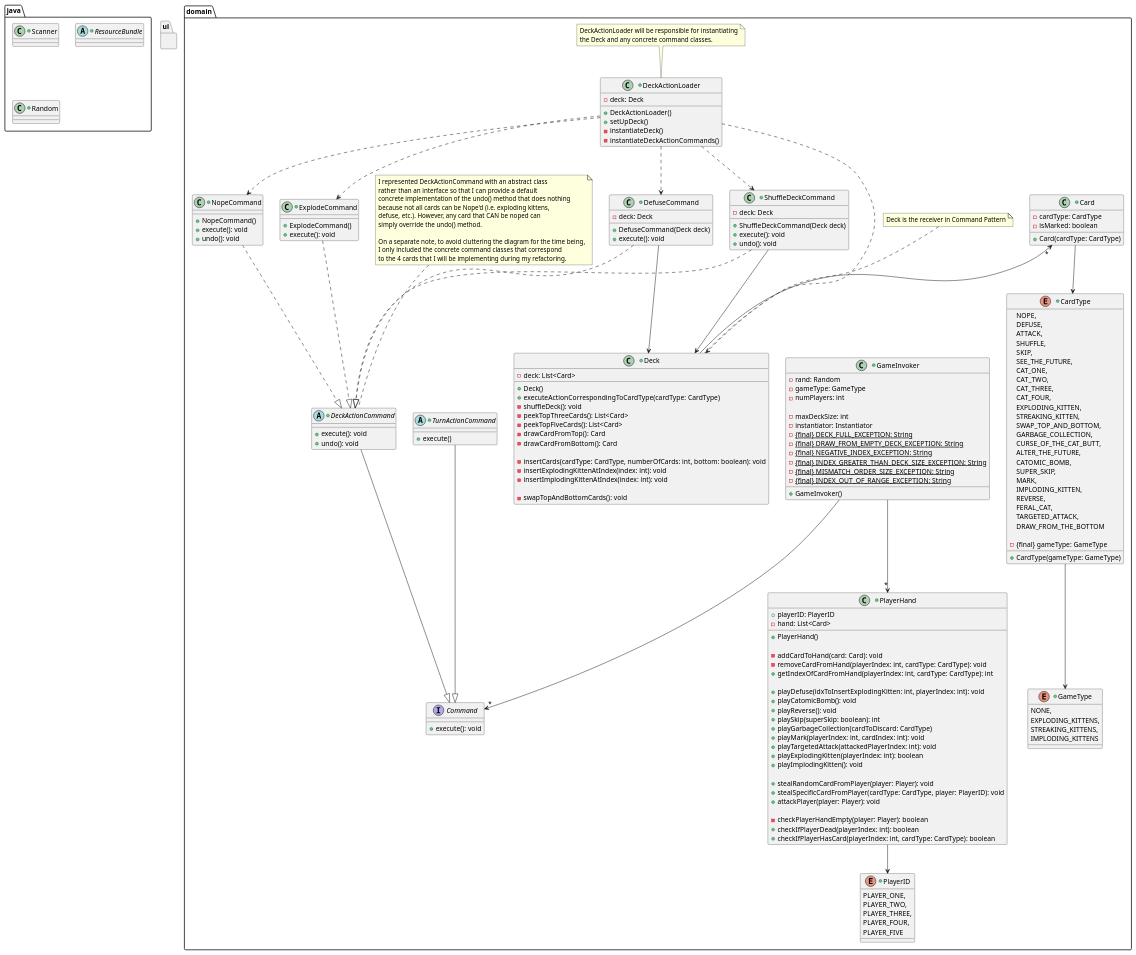
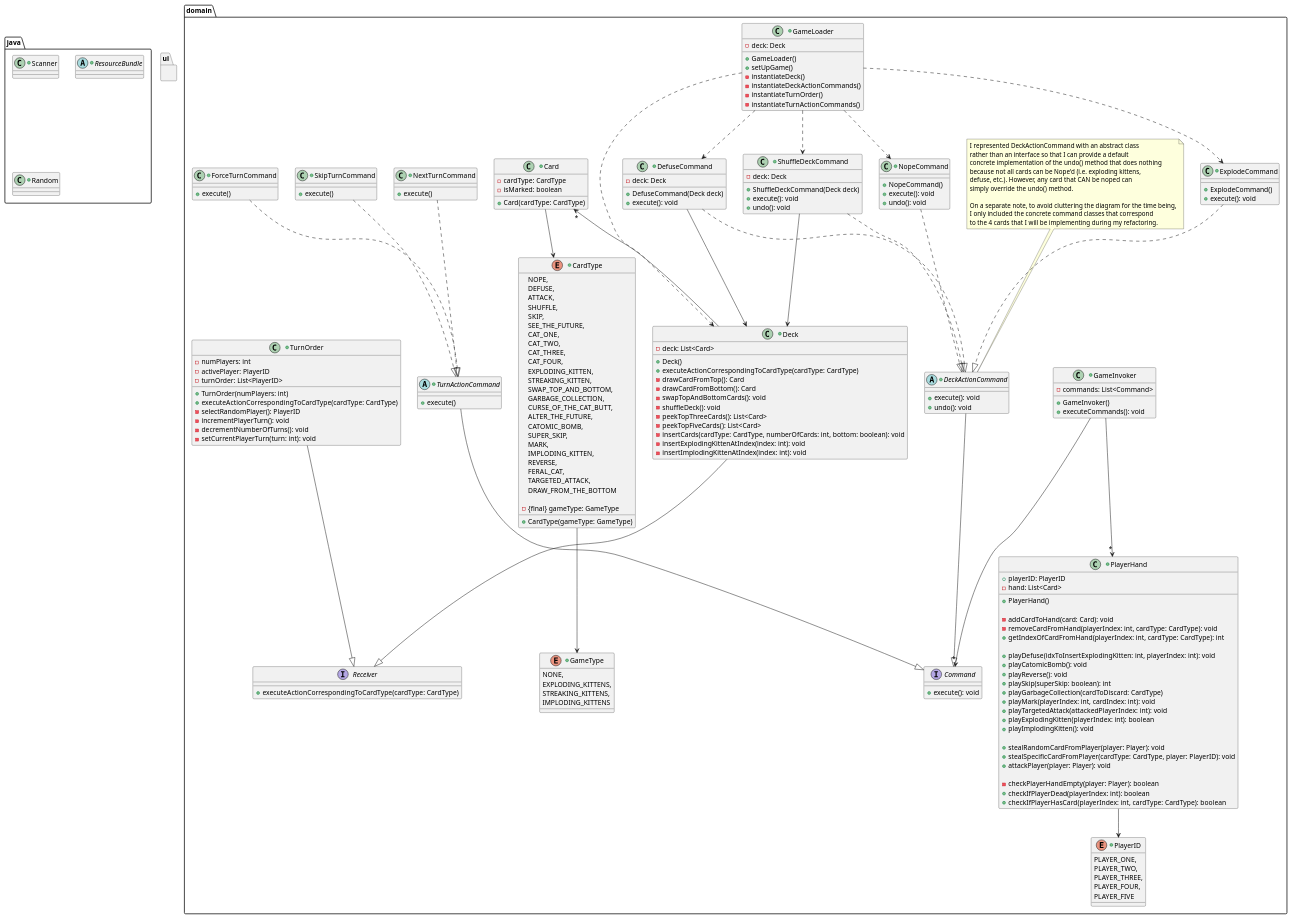
Before and after one commit to nu-cs-sw-design/project-20252601-exploding-cats: the diagram in docs/design/refactored-design.puml, drawn with PlantUML.

Commit message:
added TurnActionCommand as new type of command specific to turn order actions

```diff
--- a/docs/design/refactored-design.puml
+++ b/docs/design/refactored-design.puml
@@ -8,43 +8,61 @@
 ' go over the design, focus on making it functional first basically
 ' then dive deeper into things like access modifiers, design principles, etc
 
+'TODO: update constructor args as needed
+
 package ui {
 }
 
 package domain {
-    +class DeckActionLoader {
+    +class GameLoader {
         -deck: Deck
 
-        +DeckActionLoader()
-        +setUpDeck()
+        +GameLoader()
+        +setUpGame()
         -instantiateDeck()
         -instantiateDeckActionCommands()
+        -instantiateTurnOrder()
+        -instantiateTurnActionCommands()
     }
 
-    note top of DeckActionLoader
-        DeckActionLoader will be responsible for instantiating
-        the Deck and any concrete command classes.
-    end note
+    +class GameInvoker {
+        -commands: List<Command>
 
-    +class GameInvoker {
-        -rand: Random
-        -gameType: GameType
+        +GameInvoker()
+        +executeCommands(): void
+    }
+
+    interface Receiver {
+        +executeActionCorrespondingToCardType(cardType: CardType)
+    }
+
+    +class TurnOrder {
         -numPlayers: int
+        -activePlayer: PlayerID
+        -turnOrder: List<PlayerID>
 
-        'TODO: come back to eval whether want these here, i pulled these along for now cuz they were in OG Deck class
-        'TODO: may want to move the exceptions to be local to functions instead? deps on if reused
-        -maxDeckSize: int
-        -instantiator: Instantiator
-        -{static}{final} DECK_FULL_EXCEPTION: String
-        -{static}{final} DRAW_FROM_EMPTY_DECK_EXCEPTION: String
-        -{static}{final} NEGATIVE_INDEX_EXCEPTION: String
-        -{static}{final} INDEX_GREATER_THAN_DECK_SIZE_EXCEPTION: String
-        -{static}{final} MISMATCH_ORDER_SIZE_EXCEPTION: String
-        -{static}{final} INDEX_OUT_OF_RANGE_EXCEPTION: String
+        +TurnOrder(numPlayers: int)
+        +executeActionCorrespondingToCardType(cardType: CardType)
+        -selectRandomPlayer(): PlayerID
+        -incrementPlayerTurn(): void
+        -decrementNumberOfTurns(): void
+        -setCurrentPlayerTurn(turn: int): void
+    }
 
-        'TODO: update constructor args depending on relationship between UI and domain and whether GameInvoker should
-        '      instantiate things itself
-        +GameInvoker()
+    +class Deck {
+        -deck: List<Card>
+
+        +Deck()
+        +executeActionCorrespondingToCardType(cardType: CardType)
+        -drawCardFromTop(): Card
+        -drawCardFromBottom(): Card
+        -swapTopAndBottomCards(): void
+        -shuffleDeck(): void
+        -peekTopThreeCards(): List<Card>
+        -peekTopFiveCards(): List<Card>
+        -insertCards(cardType: CardType, numberOfCards: int, bottom: boolean): void
+        -insertExplodingKittenAtIndex(index: int): void
+        -insertImplodingKittenAtIndex(index: int): void
     }
 
     interface Command {
@@ -95,7 +113,20 @@
         +undo(): void
     }
 
+    'TODO: may need to update this interface to allow for arguments (in which case won't share common Command interface)
     +abstract class TurnActionCommand {
+        +execute()
+    }
+
+    +class NextTurnCommand {
+        +execute()
+    }
+
+    +class SkipTurnCommand {
+        +execute()
+    }
+
+    +class ForceTurnCommand {
         +execute()
     }
 
@@ -128,22 +159,11 @@
         +checkIfPlayerDead(playerIndex: int): boolean
         +checkIfPlayerHasCard(playerIndex: int, cardType: CardType): boolean
 
-        'MOVE ELSEWHERE: turn handling
-'        +setNumberOfPlayers(numberOfPlayers: int): void
-'        +retriveGameMode(gameType: GameType): void
-'        +selectRandomPlayer(): PlayerID
-'        +incrementPlayerTurn(): void
-'        +setPlayerNumberOfTurns(): void
-'        +getPlayerTurn(): int
-'        +getNumberOfPlayers(): int
-'        +checkNumberOfAlivePlayers(): int
-'        +setCurrentPlayerNumberOfTurns(numberOfTurns: int): void
-'        +decrementNumberOfTurns(): void
-'        +getNumberOfTurns(): int
-'        #setCurrentPlayerTurn(turn: int): void
-'        -matchingGameType(gameType: GameType): boolean
+        'TODO: MOVE ELSEWHERE: game mode handling
+        ' +retriveGameMode(gameType: GameType): void
+        ' -matchingGameType(gameType: GameType): boolean
 
-        'MOVE ELSEWHERE: attack handling
+        'TODO: MOVE ELSEWHERE: attack handling
 '        +startAttackPhase(): void
 '        +incrementAttackCounter(): void
 '        +setAttackCounter(playerIndex: int): void
@@ -157,26 +177,6 @@
 '        ~setNumberOfAttacks(numberOfAttacks: int): void
 '        ~setAttacked(attacked: boolean): void
     }
-
-    +class Deck {
-        -deck: List<Card>
-
-        +Deck()
-        +executeActionCorrespondingToCardType(cardType: CardType)
-        -shuffleDeck(): void
-        -peekTopThreeCards(): List<Card>
-        -peekTopFiveCards(): List<Card>
-        -drawCardFromTop(): Card
-        -drawCardFromBottom(): Card
-
-        -insertCards(cardType: CardType, numberOfCards: int, bottom: boolean): void
-        -insertExplodingKittenAtIndex(index: int): void
-        -insertImplodingKittenAtIndex(index: int): void
-
-        -swapTopAndBottomCards(): void
-    }
-
-    note top of Deck: Deck is the receiver in Command Pattern
 
     +class Card {
         -cardType: CardType
@@ -232,11 +232,14 @@
         PLAYER_FIVE
     }
 
-    DeckActionLoader..>Deck
-    DeckActionLoader..>ShuffleDeckCommand
-    DeckActionLoader..>DefuseCommand
-    DeckActionLoader..>ExplodeCommand
-    DeckActionLoader..>NopeCommand
+    TurnOrder--|>Receiver
+    Deck--|>Receiver
+
+    GameLoader..>Deck
+    GameLoader..>ShuffleDeckCommand
+    GameLoader..>DefuseCommand
+    GameLoader..>ExplodeCommand
+    GameLoader..>NopeCommand
 
     GameInvoker-->"*"Command
     DeckActionCommand--|>Command
@@ -245,6 +248,10 @@
     DefuseCommand..|>DeckActionCommand
     ExplodeCommand..|>DeckActionCommand
     NopeCommand..|>DeckActionCommand
+
+    NextTurnCommand..|>TurnActionCommand
+    SkipTurnCommand..|>TurnActionCommand
+    ForceTurnCommand..|>TurnActionCommand
 
     ShuffleDeckCommand-->Deck
     DefuseCommand-->Deck
```
